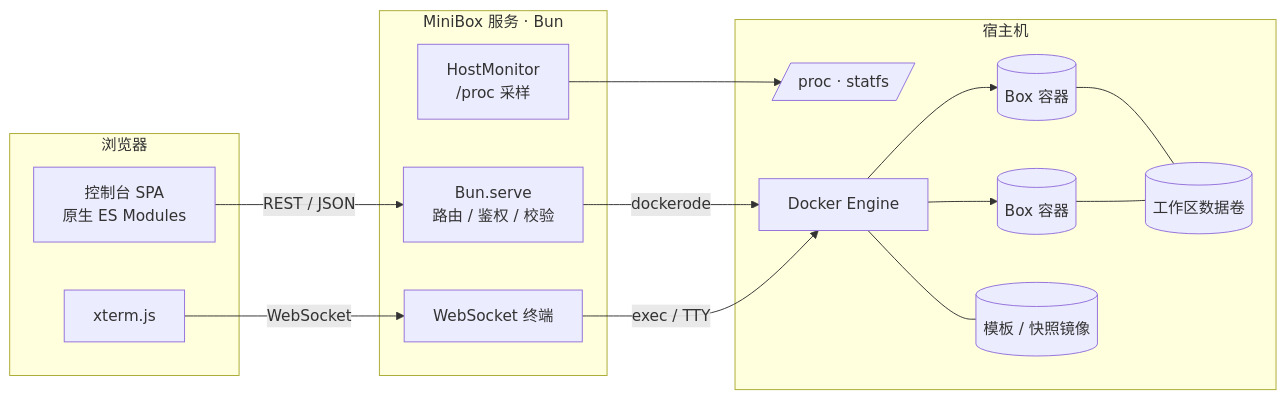
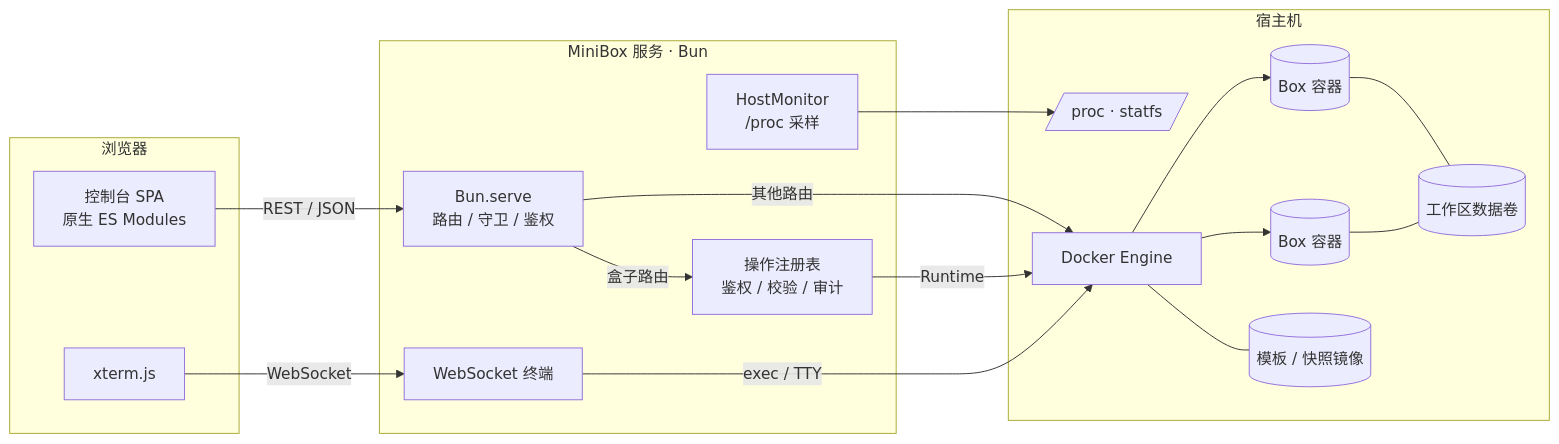
Before and after one commit to ArnoChenFx/minibox: the first of 2 diagrams in README-zh.md, drawn with Mermaid. The commit also changed other lines of this file and 42 other files, not shown here.

````diff
--- a/README-zh.md
+++ b/README-zh.md
@@ -64,28 +64,31 @@
 ```mermaid
 flowchart LR
   subgraph Browser[浏览器]
     UI[控制台 SPA<br/>原生 ES Modules]
     XT[xterm.js]
   end
   subgraph Server[MiniBox 服务 · Bun]
-    HTTP[Bun.serve<br/>路由 / 鉴权 / 校验]
+    HTTP[Bun.serve<br/>路由 / 守卫 / 鉴权]
+    OPS[操作注册表<br/>鉴权 / 校验 / 审计]
     WS[WebSocket 终端]
     MON[HostMonitor<br/>/proc 采样]
   end
   subgraph Host[宿主机]
     PROC[/proc · statfs/]
     D[Docker Engine]
     B1[(Box 容器)]
     B2[(Box 容器)]
     V[(工作区数据卷)]
     I[(模板 / 快照镜像)]
   end
   UI -- REST / JSON --> HTTP
   XT -- WebSocket --> WS
-  HTTP -- dockerode --> D
+  HTTP -- 盒子路由 --> OPS
+  HTTP -- 其他路由 --> D
+  OPS -- Runtime --> D
   WS -- exec / TTY --> D
   MON --> PROC
   D --> B1 & B2
   B1 & B2 --- V
   D --- I
 ```
````
